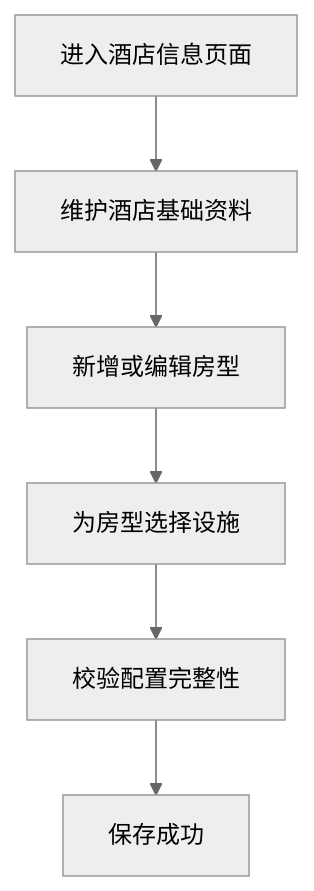
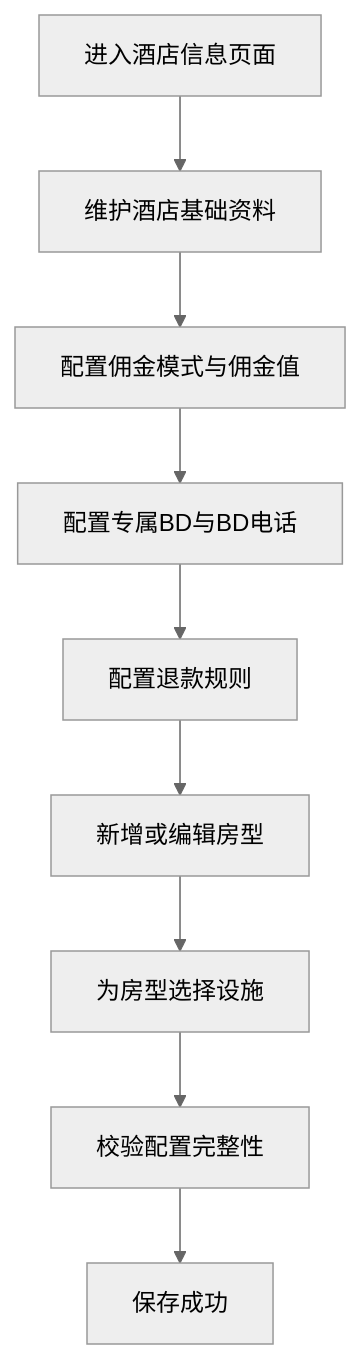
The first of 4 diagrams in plans/hotel-management-plan.md (hhhh-wang/YimaMerchant), drawn with Mermaid (neutral theme) before and after one commit. The commit also changed other lines of this file and 2 other files, not shown here.

````diff
--- a/plans/hotel-management-plan.md
+++ b/plans/hotel-management-plan.md
@@ -385,8 +504,11 @@
 ```mermaid
 flowchart TD
 A[进入酒店信息页面] --> B[维护酒店基础资料]
-B --> C[新增或编辑房型]
-C --> D[为房型选择设施]
-D --> E[校验配置完整性]
-E --> F[保存成功]
+B --> C[配置佣金模式与佣金值]
+C --> D[配置专属BD与BD电话]
+D --> E[配置退款规则]
+E --> F[新增或编辑房型]
+F --> G[为房型选择设施]
+G --> H[校验配置完整性]
+H --> I[保存成功]
 ```
````
